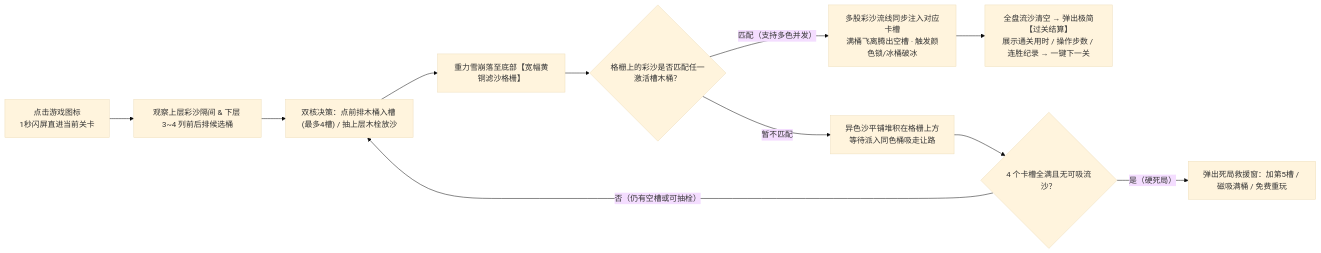
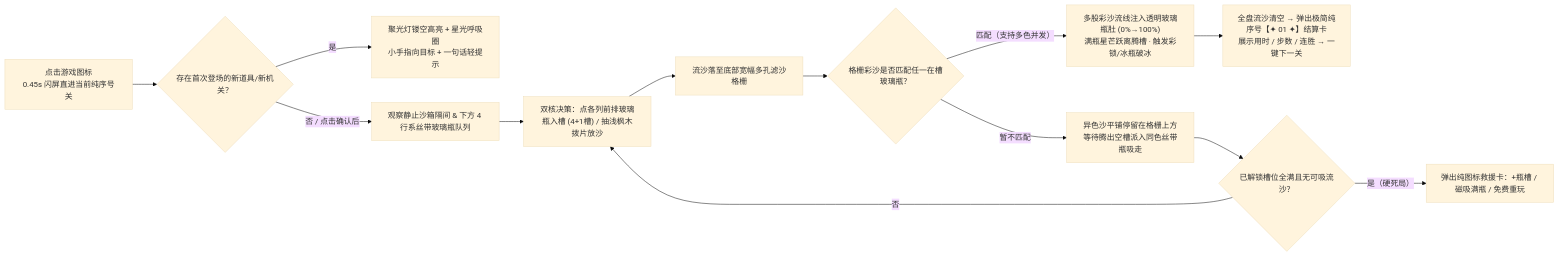
The diagram in docs/GDD_流沙抽板盲盒.md (948049716/sha-li-tao-da-hong), drawn with Mermaid (base theme) before and after one commit. The commit also changed other lines of this file and 93 other files, not shown here.

````diff
--- a/docs/GDD_流沙抽板盲盒.md
+++ b/docs/GDD_流沙抽板盲盒.md
@@ -24,13 +24,15 @@
 ```mermaid
 flowchart LR
-    S["点击游戏图标\n1秒闪屏直进当前关卡"] --> A["观察上层彩沙隔间 & 下层 3~4 列前后排候选桶"]
-    A --> B["双核决策：点前排木桶入槽 (最多4槽) / 抽上层木栓放沙"]
-    B --> C["重力雪崩落至底部【宽幅黄铜滤沙格栅】"]
-    C --> D{"格栅上的彩沙是否匹配任一激活槽木桶？"}
-    D -- "匹配（支持多色并发）" --> E["多股彩沙流线同步注入对应卡槽\n满桶飞离腾出空槽 · 触发颜色锁/冰桶破冰"]
-    D -- "暂不匹配" --> F["异色沙平铺堆积在格栅上方\n等待派入同色桶吸走让路"]
-    F --> G{"4 个卡槽全满且无可吸流沙？"}
-    G -- "否（仍有空槽或可抽栓）" --> B
-    G -- "是（硬死局）" --> H["弹出死局救援窗：加第5槽 / 磁吸满桶 / 免费重玩"]
-    E --> I["全盘流沙清空 → 弹出极简【过关结算】\n展示通关用时 / 操作步数 / 连胜纪录 → 一键下一关"]
+    S["点击游戏图标\n0.45s 闪屏直进当前纯序号关"] --> G{"存在首次登场的新道具/新机关？"}
+    G -- "是" --> F0["聚光灯镂空高亮 + 星光呼吸圈\n小手指向目标 + 一句话轻提示"]
+    G -- "否 / 点击确认后" --> A["观察静止沙箱隔间 & 下方 4 行系丝带玻璃瓶队列"]
+    A --> B["双核决策：点各列前排玻璃瓶入槽 (4+1槽) / 抽浅枫木拨片放沙"]
+    B --> C["流沙落至底部宽幅多孔滤沙格栅"]
+    C --> D{"格栅彩沙是否匹配任一在槽玻璃瓶？"}
+    D -- "匹配（支持多色并发）" --> E["多股彩沙流线注入透明玻璃瓶肚 (0%→100%)\n满瓶星芒跃离腾槽 · 触发彩锁/冰瓶破冰"]
+    D -- "暂不匹配" --> F["异色沙平铺停留在格栅上方\n等待腾出空槽派入同色丝带瓶吸走"]
+    F --> J{"已解锁槽位全满且无可吸流沙？"}
+    J -- "否" --> B
+    J -- "是（硬死局）" --> H["弹出纯图标救援卡：+瓶槽 / 磁吸满瓶 / 免费重玩"]
+    E --> I["全盘流沙清空 → 弹出极简纯序号【✦ 01 ✦】结算卡\n展示用时 / 步数 / 连胜 → 一键下一关"]
 ```
````
